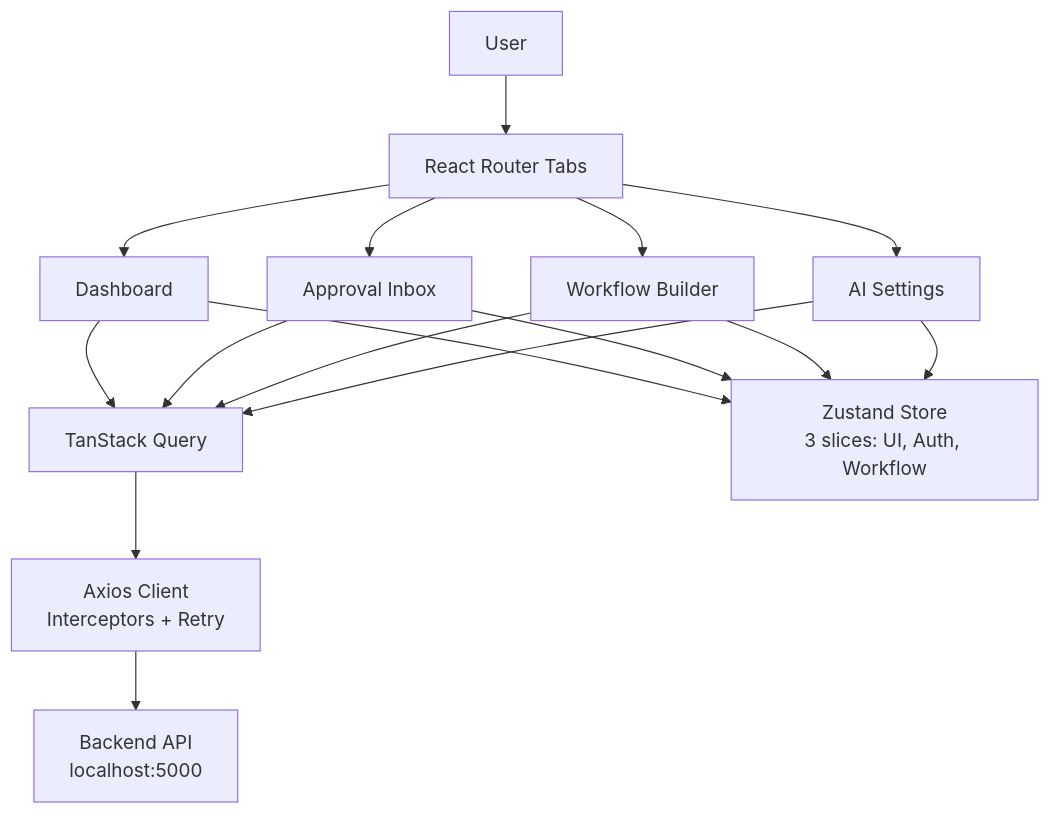
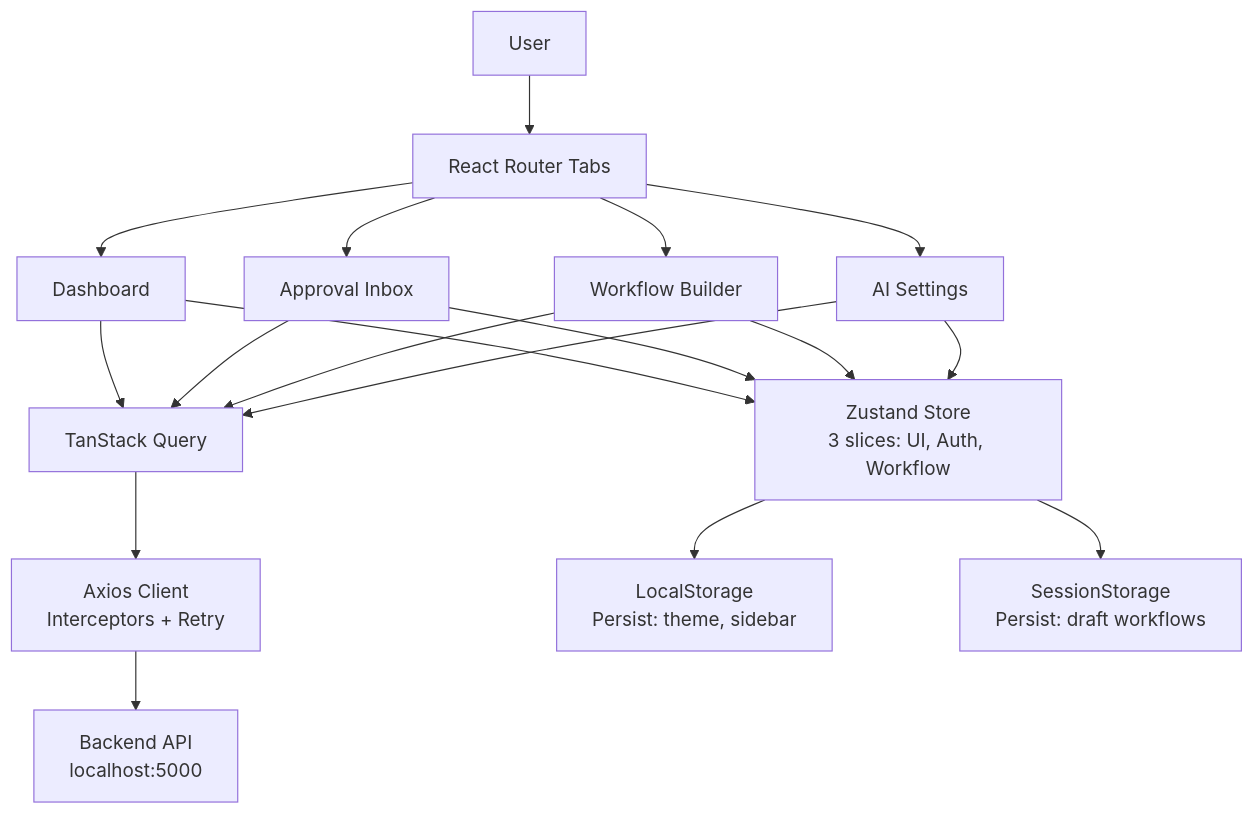
One commit to mohammed-dev-stack/ai-workflow-orchestrator changed the diagram in README.md. Above: the diagram before and after it, drawn with Mermaid. The commit also changed other lines of this file and 1 other file, not shown here.

````diff
--- a/README.md
+++ b/README.md
@@ -106,21 +62,24 @@
 ```mermaid
 graph TD
     A[User] --> B[React Router Tabs]
     B --> C[Dashboard]
     B --> D[Approval Inbox]
     B --> E[Workflow Builder]
     B --> F[AI Settings]
 
     C --> G[TanStack Query]
     D --> G
     E --> G
     F --> G
 
     G --> H[Axios Client<br/>Interceptors + Retry]
     H --> I[Backend API<br/>localhost:5000]
 
     C --> J[Zustand Store<br/>3 slices: UI, Auth, Workflow]
     D --> J
     E --> J
     F --> J
+
+    J --> K[LocalStorage<br/>Persist: theme, sidebar]
+    J --> L[SessionStorage<br/>Persist: draft workflows]
 ```
````
